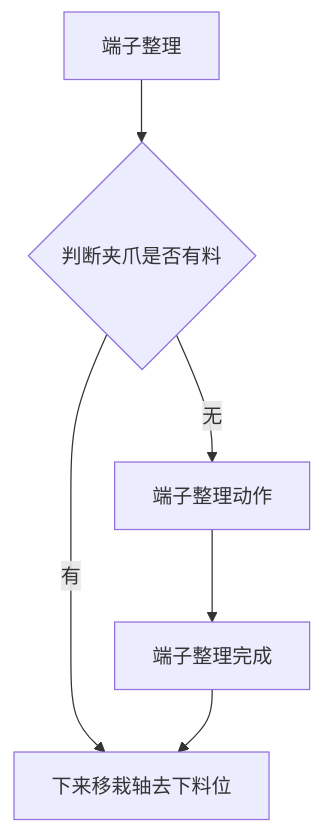
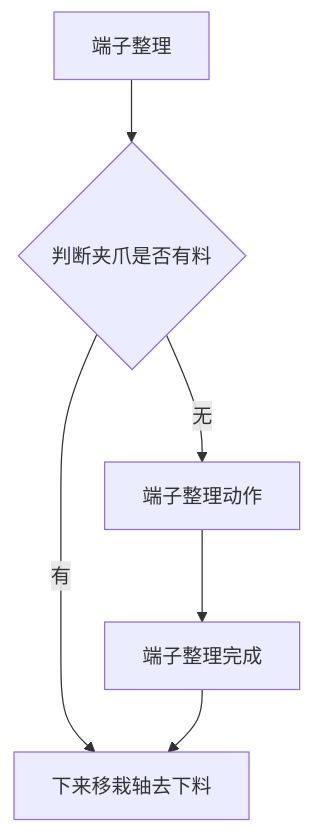
The diagram in all/VR-OP90端子整理1.md (zmq000/iodraw-files), drawn with Mermaid before and after one commit.

Commit message:
2026-06-18 16:02:12 update

````diff
--- a/all/VR-OP90端子整理1.md
+++ b/all/VR-OP90端子整理1.md
@@ -1,9 +1,9 @@
 ```mermaid
 graph TD
 0[端子整理]-->10
 10{判断夹爪是否有料}-->|无|20
 10-->|有|100
 20[端子整理动作]-->30
 30[端子整理完成]-->100
-100[下来移栽轴去下料位]
+100[下来移栽轴去下料]
 ```
````
